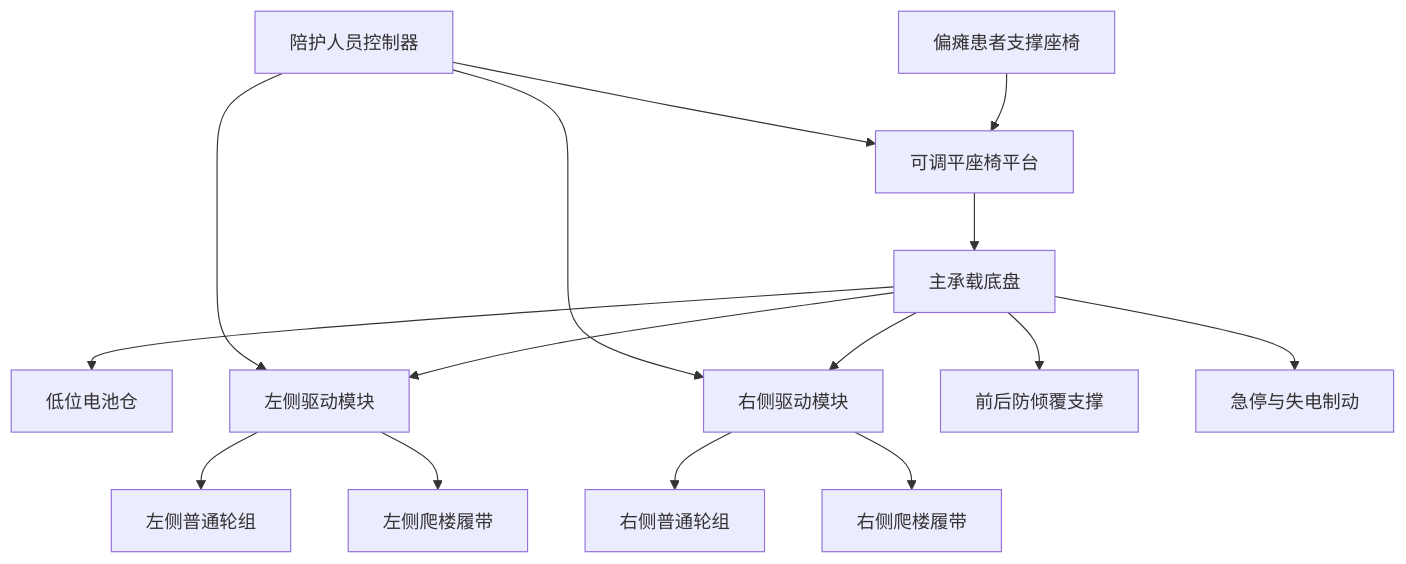
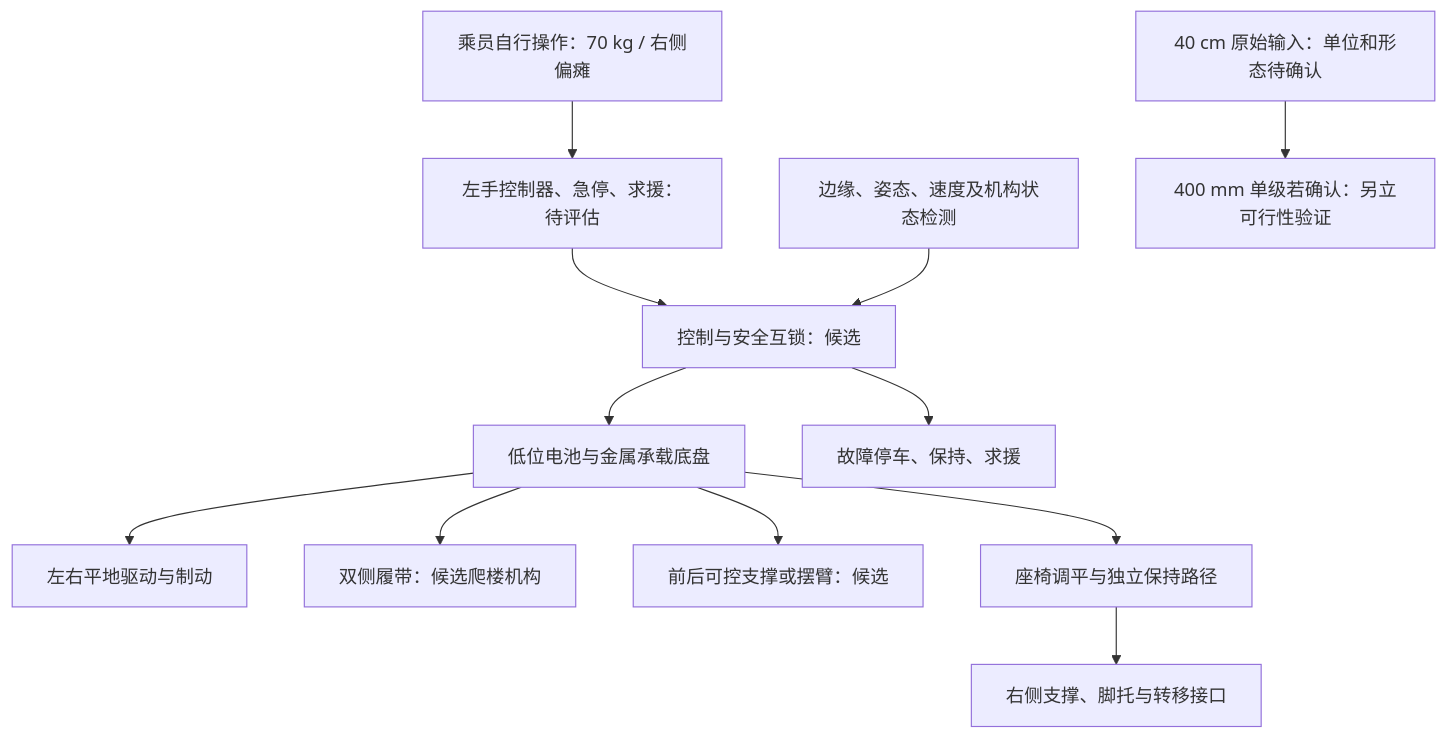
Before and after one commit to pan402945786/robolaoye: the diagram in docs/diagrams/architecture.mmd, drawn with Mermaid. The commit also changed 14 other files, not shown here.

```diff
--- a/docs/diagrams/architecture.mmd
+++ b/docs/diagrams/architecture.mmd
@@ -1,15 +1,12 @@
 flowchart TB
-    A[偏瘫患者支撑座椅] --> B[可调平座椅平台]
-    B --> C[主承载底盘]
-    C --> D[低位电池仓]
-    C --> E[左侧驱动模块]
-    C --> F[右侧驱动模块]
-    E --> G[左侧普通轮组]
-    F --> H[右侧普通轮组]
-    E --> I[左侧爬楼履带]
-    F --> J[右侧爬楼履带]
-    C --> K[前后防倾覆支撑]
-    C --> L[急停与失电制动]
-    M[陪护人员控制器] --> E
-    M --> F
-    M --> B
+    U[乘员自行操作：70 kg / 右侧偏瘫] --> C[左手控制器、急停、求援：待评估]
+    C --> S[控制与安全互锁：候选]
+    P[边缘、姿态、速度及机构状态检测] --> S
+    S --> D[低位电池与金属承载底盘]
+    D --> W[左右平地驱动与制动]
+    D --> T[双侧履带：候选爬楼机构]
+    D --> A[前后可控支撑或摆臂：候选]
+    D --> L[座椅调平与独立保持路径]
+    L --> H[右侧支撑、脚托与转移接口]
+    S --> F[故障停车、保持、求援]
+    Q[40 cm 原始输入：单位和形态待确认] --> R[400 mm 单级若确认：另立可行性验证]
```
